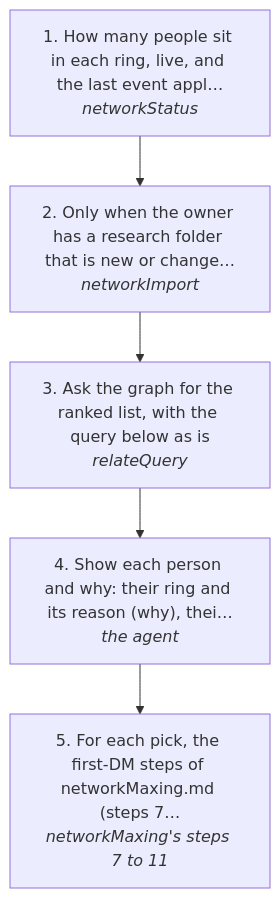
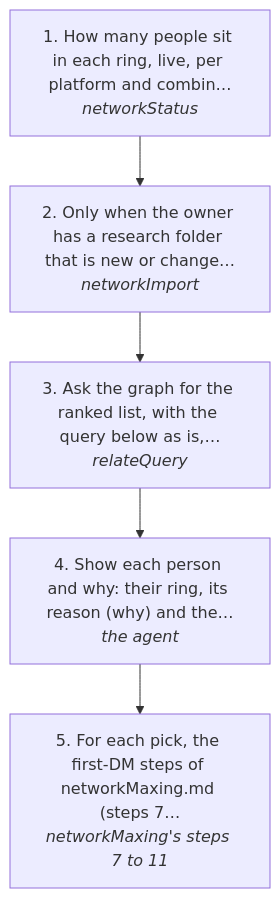
The diagram in docs/useCases/network/whoToTalkTo.md (aggelos-pappas/log), drawn with Mermaid before and after one commit. The commit also changed other lines of this file and 36 other files, not shown here.

First line of the commit message:
Network by platform and by person; group chats with more than two members stored as group

````diff
--- a/docs/useCases/network/whoToTalkTo.md
+++ b/docs/useCases/network/whoToTalkTo.md
@@ -14,12 +14,12 @@
 ```mermaid
 flowchart TD
-  s0["1. How many people sit in each ring, live, and the last event appl…<br/><i>networkStatus</i>"]
+  s0["1. How many people sit in each ring, live, per platform and combin…<br/><i>networkStatus</i>"]
   s1["2. Only when the owner has a research folder that is new or change…<br/><i>networkImport</i>"]
-  s2["3. Ask the graph for the ranked list, with the query below as is<br/><i>relateQuery</i>"]
-  s3["4. Show each person and why: their ring and its reason (why), thei…<br/><i>the agent</i>"]
+  s2["3. Ask the graph for the ranked list, with the query below as is,…<br/><i>relateQuery</i>"]
+  s3["4. Show each person and why: their ring, its reason (why) and the…<br/><i>the agent</i>"]
   s4["5. For each pick, the first-DM steps of networkMaxing.md (steps 7…<br/><i>networkMaxing's steps 7 to 11</i>"]
   s0 --> s1
   s1 --> s2
   s2 --> s3
   s3 --> s4
 ```
````
